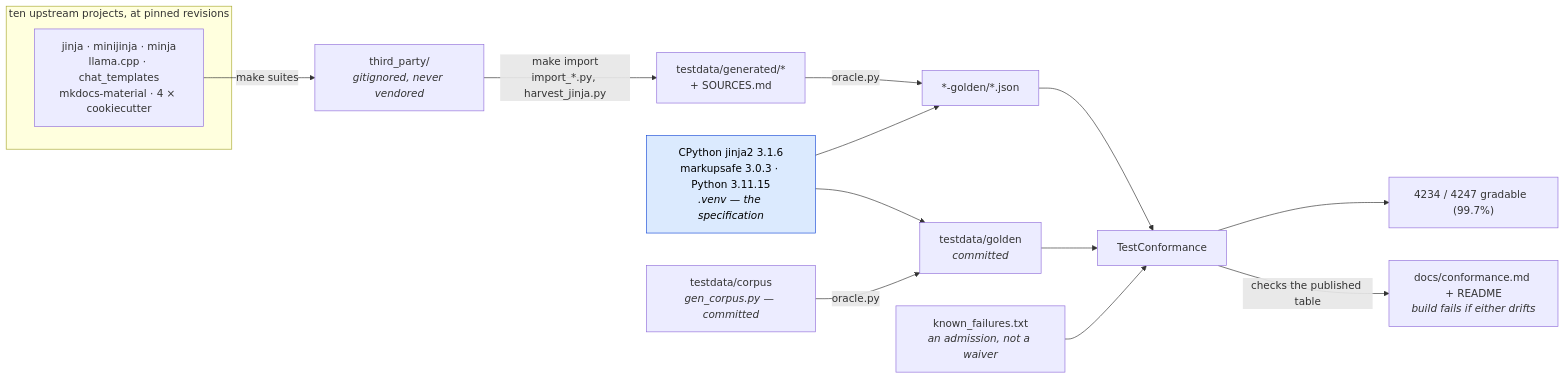
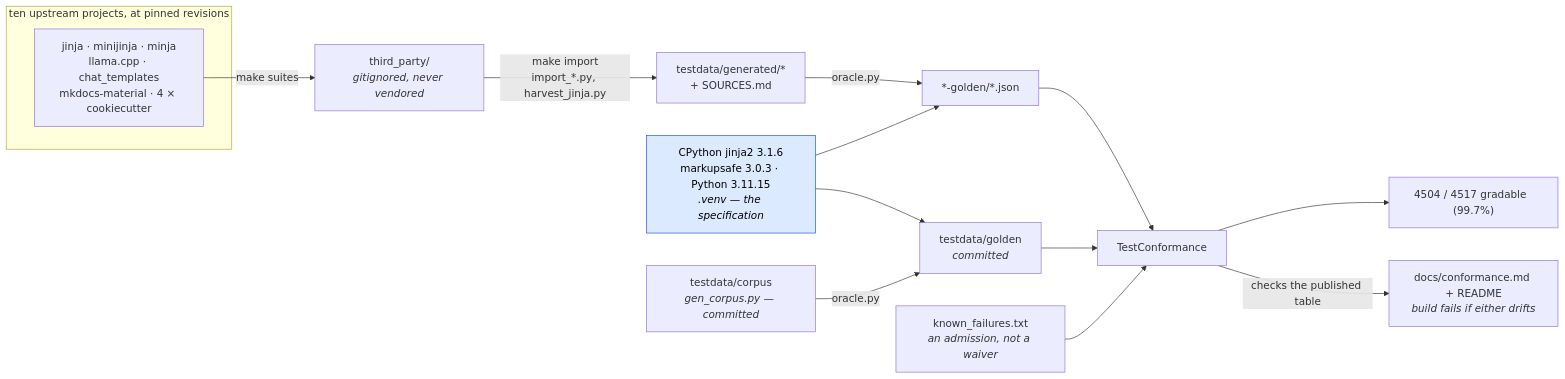
The first of 2 diagrams in docs/conformance.md (mgilbir/gojja2), drawn with Mermaid before and after one commit. The commit also changed other lines of this file and 553 other files, not shown here.

````diff
--- a/docs/conformance.md
+++ b/docs/conformance.md
@@ -17,24 +17,24 @@
 ```mermaid
 flowchart LR
     subgraph up["ten upstream projects, at pinned revisions"]
         U1["jinja · minijinja · minja<br/>llama.cpp · chat_templates<br/>mkdocs-material · 4 × cookiecutter"]
     end
     U1 -->|"make suites"| TP["third_party/<br/><i>gitignored, never vendored</i>"]
     TP -->|"make import<br/>import_*.py, harvest_jinja.py"| GEN["testdata/generated/*<br/>+ SOURCES.md"]
 
     ORA["CPython jinja2 3.1.6<br/>markupsafe 3.0.3 · Python 3.11.15<br/><i>.venv — the specification</i>"]
     GEN -->|"oracle.py"| G2["*-golden/*.json"]
     ORA --> G2
 
     OWN["testdata/corpus<br/><i>gen_corpus.py — committed</i>"] -->|"oracle.py"| G1["testdata/golden<br/><i>committed</i>"]
     ORA --> G1
 
     G1 --> TC["TestConformance"]
     G2 --> TC
     KF["known_failures.txt<br/><i>an admission, not a waiver</i>"] --> TC
-    TC --> RATE["4234 / 4247 gradable  (99.7%)"]
+    TC --> RATE["4504 / 4517 gradable  (99.7%)"]
     TC -->|"checks the published table"| RM["docs/conformance.md + README<br/><i>build fails if either drifts</i>"]
 
     classDef spec fill:#dbeafe,stroke:#1d4ed8,color:#000
     class ORA spec
 ```
````
